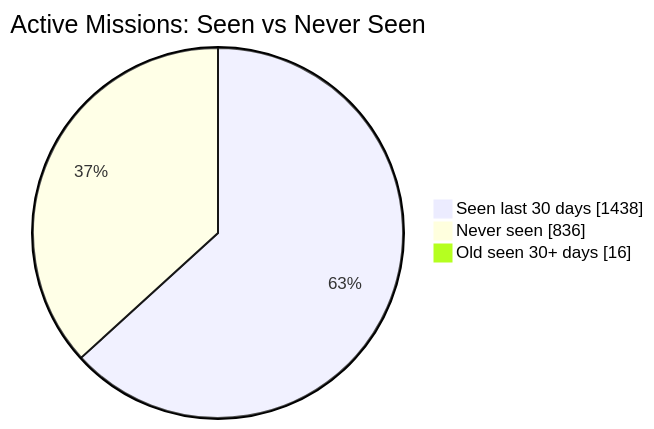
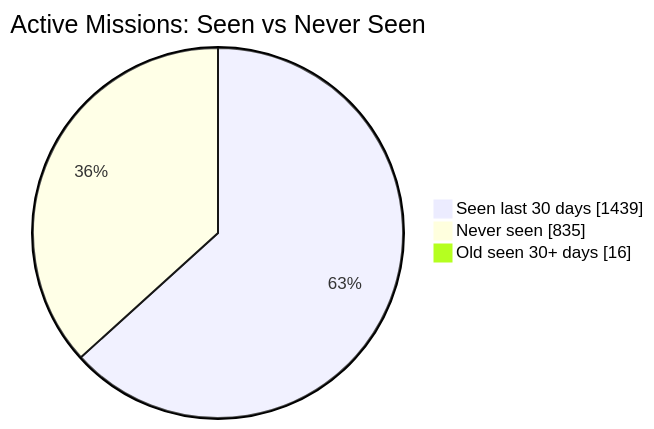
The first of 2 diagrams in README.md (MeldkamerspelGameTeam/active-missions), drawn with Mermaid before and after one commit. The commit also changed other lines of this file and 2 other files, not shown here.

````diff
--- a/README.md
+++ b/README.md
@@ -34,7 +34,7 @@
 ```mermaid
 pie showData
     title Active Missions: Seen vs Never Seen
-    "Seen last 30 days" : 1438
-    "Never seen" : 836
+    "Seen last 30 days" : 1439
+    "Never seen" : 835
     "Old seen 30+ days" : 16
 ```
````
